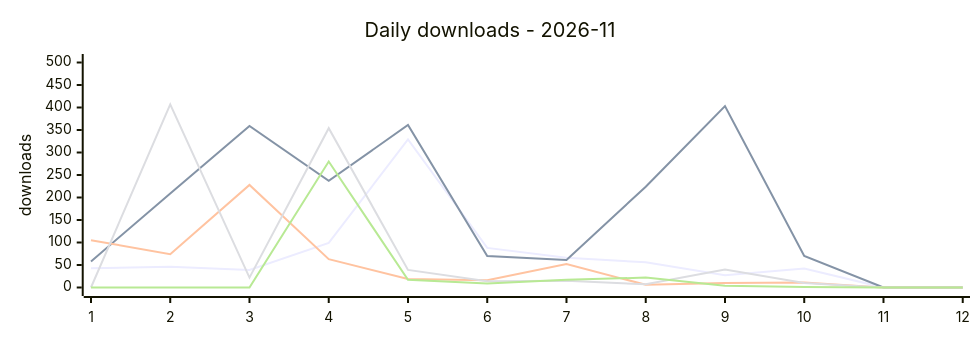
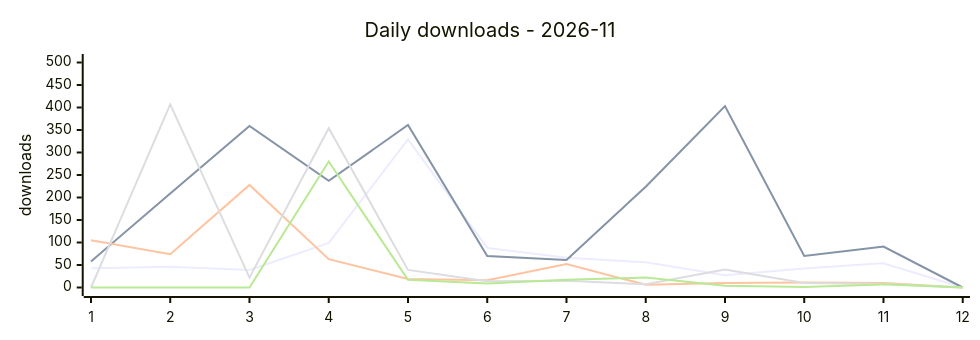
The first of 2 diagrams in DASHBOARD.md (terry2010/npm-downloads-tracker), drawn with Mermaid before and after one commit. The commit also changed other lines of this file and 1 other file, not shown here.

````diff
--- a/DASHBOARD.md
+++ b/DASHBOARD.md
@@ -25,12 +25,12 @@
 ```mermaid
 %%{init: {'xyChart': {'width': 960, 'height': 320}}}%%
 xychart-beta
     title "Daily downloads - 2026-11"
     x-axis ["1", "2", "3", "4", "5", "6", "7", "8", "9", "10", "11", "12"]
     y-axis "downloads" 0 --> 500
-    line "dsh-loop-recover" [43, 46, 39, 99, 329, 88, 66, 56, 27, 42, 0, 0]
-    line "dsh-rss-news-daily" [58, 209, 359, 237, 361, 70, 61, 224, 403, 70, 0, 0]
-    line "opencode-loop-recover" [105, 74, 228, 63, 19, 16, 52, 6, 10, 11, 0, 0]
-    line "oc-market-quail-zephyr-72a0" [0, 407, 22, 354, 39, 14, 15, 7, 40, 10, 0, 0]
-    line "awesome-opencode-market" [0, 0, 0, 280, 17, 9, 17, 22, 4, 1, 0, 0]
+    line "dsh-loop-recover" [43, 46, 39, 99, 329, 88, 66, 56, 27, 42, 54, 0]
+    line "dsh-rss-news-daily" [58, 209, 359, 237, 361, 70, 61, 224, 403, 70, 91, 0]
+    line "opencode-loop-recover" [105, 74, 228, 63, 19, 16, 52, 6, 10, 11, 10, 0]
+    line "oc-market-quail-zephyr-72a0" [0, 407, 22, 354, 39, 14, 15, 7, 40, 10, 8, 0]
+    line "awesome-opencode-market" [0, 0, 0, 280, 17, 9, 17, 22, 4, 1, 7, 0]
 ```
````
